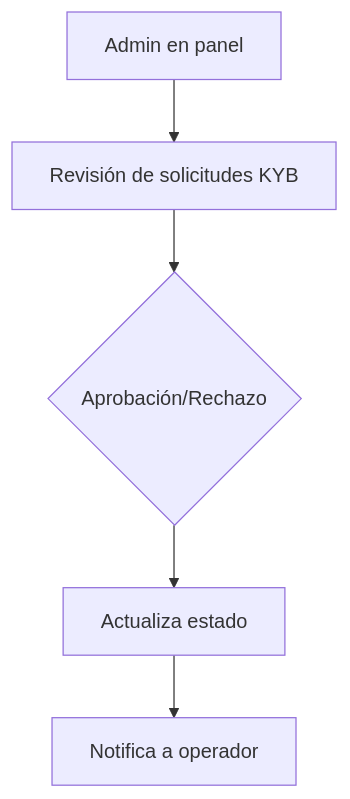
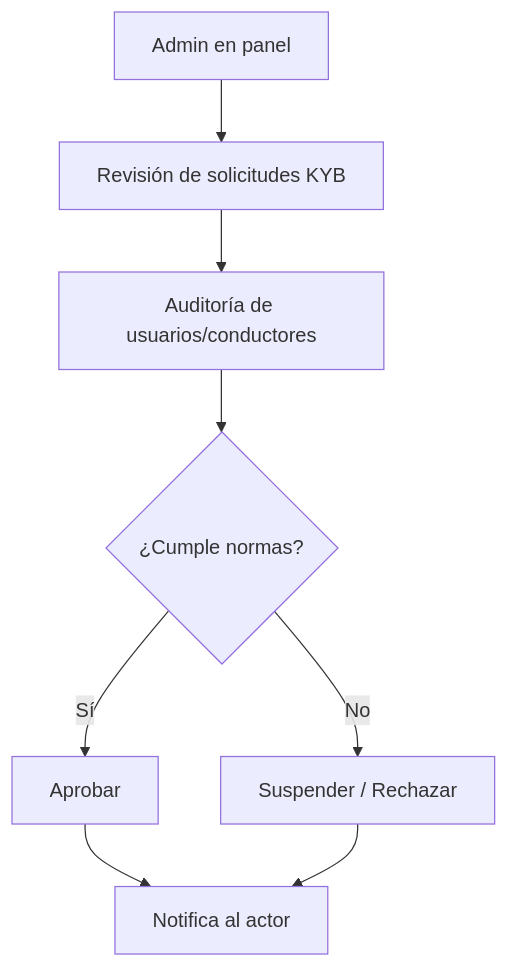
The ninth of 10 diagrams in docs/docs/tecnico/referencia/mapa-flujos-usuario.md (Amospad/Locify), drawn with Mermaid before and after one commit. The commit also changed other lines of this file and 1 other file, not shown here.

Commit message:
docs(tecnico): completa mapa de 10 flujos de usuario con diagramas Mermaid

````diff
--- a/docs/docs/tecnico/referencia/mapa-flujos-usuario.md
+++ b/docs/docs/tecnico/referencia/mapa-flujos-usuario.md
@@ -125,7 +135,10 @@
 ```mermaid
 flowchart TD
     A[Admin en panel] --> B[Revisión de solicitudes KYB]
-    B --> C{Aprobación/Rechazo}
-    C --> D[Actualiza estado]
-    D --> E[Notifica a operador]
+    B --> C[Auditoría de usuarios/conductores]
+    C --> D{¿Cumple normas?}
+    D -->|Sí| E[Aprobar]
+    D -->|No| F[Suspender / Rechazar]
+    E --> G[Notifica al actor]
+    F --> G
 ```
````
